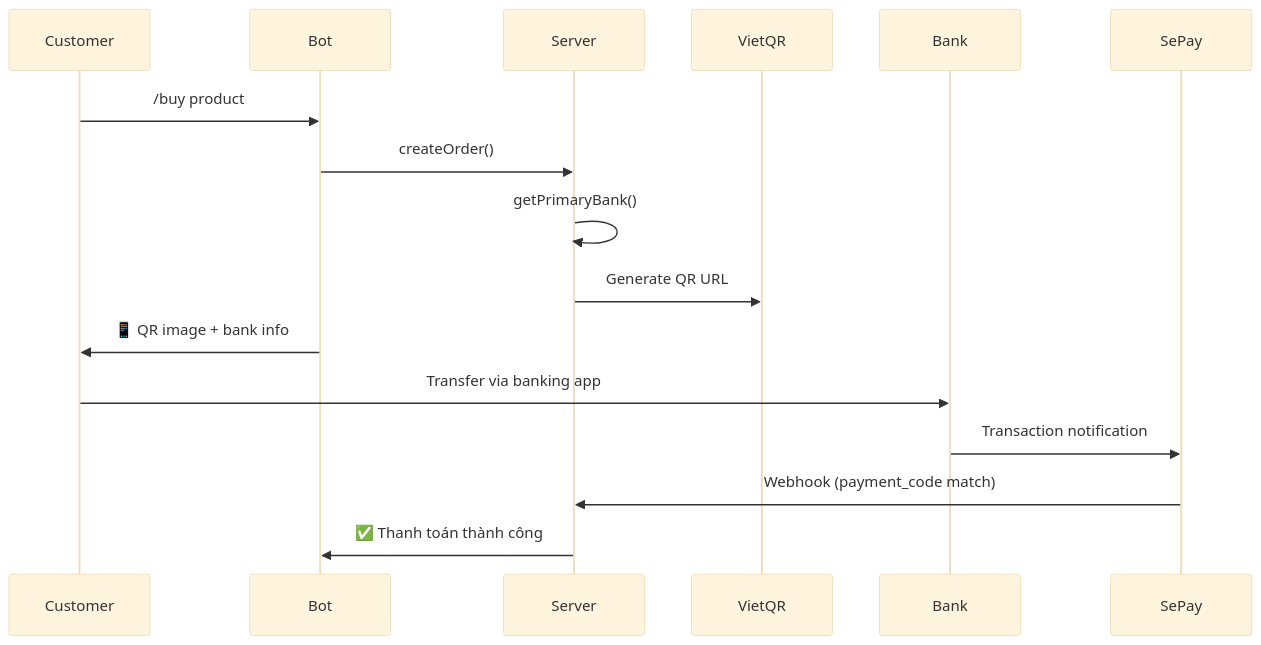
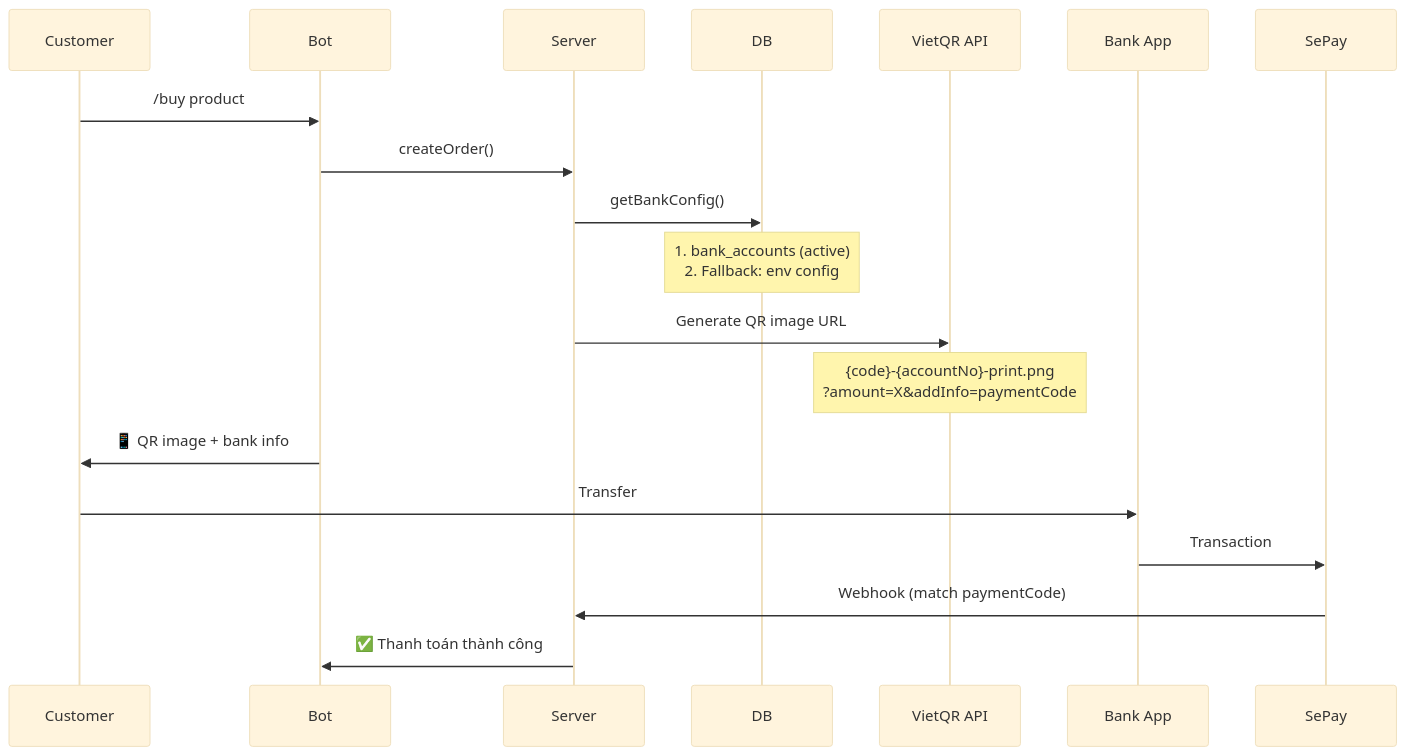
Before and after one commit to maingocanh1702/telegram-sales-bot: the first of 2 diagrams in docs/features/FE/feature_bank_management.md, drawn with Mermaid (base theme). The commit also changed other lines of this file and 1 other file, not shown here.

First line of the commit message:
docs(bank): rewrite bank management docs from actual code

````diff
--- a/docs/features/FE/feature_bank_management.md
+++ b/docs/features/FE/feature_bank_management.md
@@ -75,12 +87,14 @@
 ```mermaid
 sequenceDiagram
     Customer->>Bot: /buy product
     Bot->>Server: createOrder()
-    Server->>Server: getPrimaryBank()
-    Server->>VietQR: Generate QR URL
+    Server->>DB: getBankConfig()
+    Note over DB: 1. bank_accounts (active)<br/>2. Fallback: env config
+    Server->>VietQR API: Generate QR image URL
+    Note over VietQR API: {code}-{accountNo}-print.png<br/>?amount=X&addInfo=paymentCode
     Bot->>Customer: 📱 QR image + bank info
-    Customer->>Bank: Transfer via banking app
-    Bank->>SePay: Transaction notification
-    SePay->>Server: Webhook (payment_code match)
+    Customer->>Bank App: Transfer
+    Bank App->>SePay: Transaction
+    SePay->>Server: Webhook (match paymentCode)
     Server->>Bot: ✅ Thanh toán thành công
 ```
````
